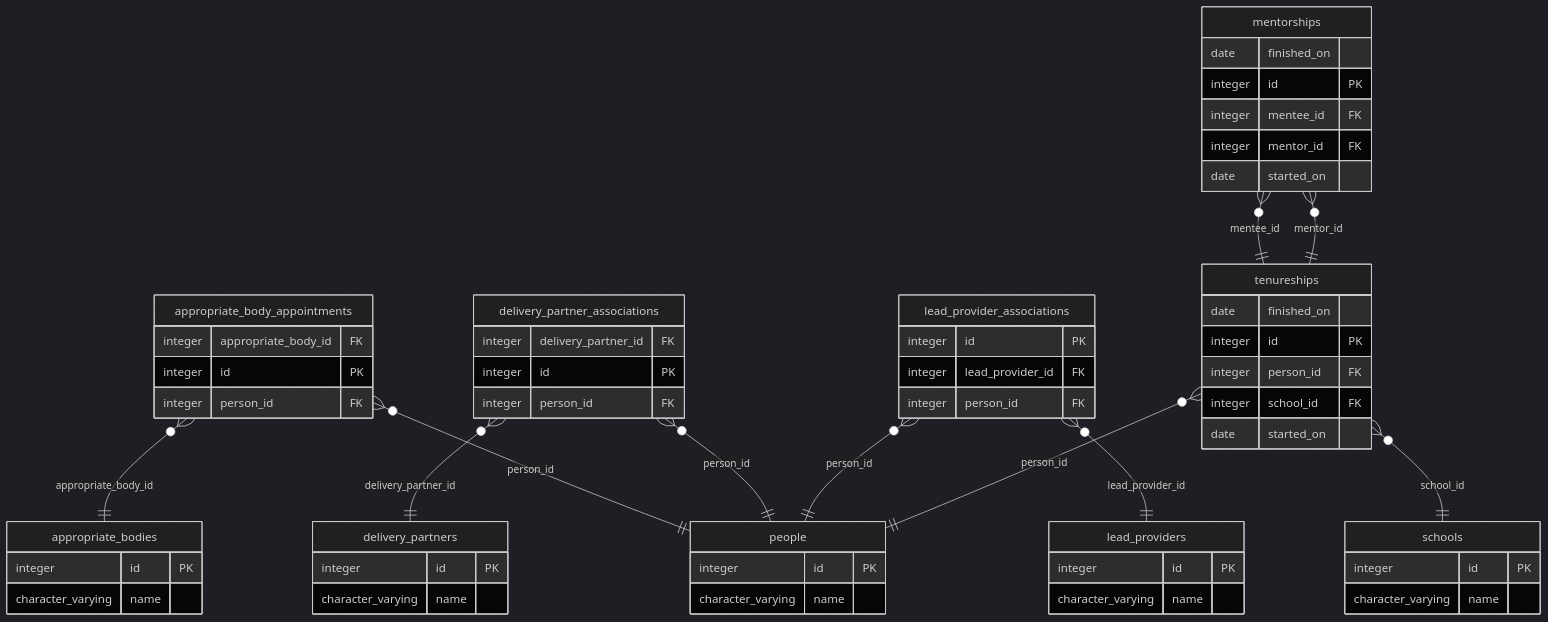
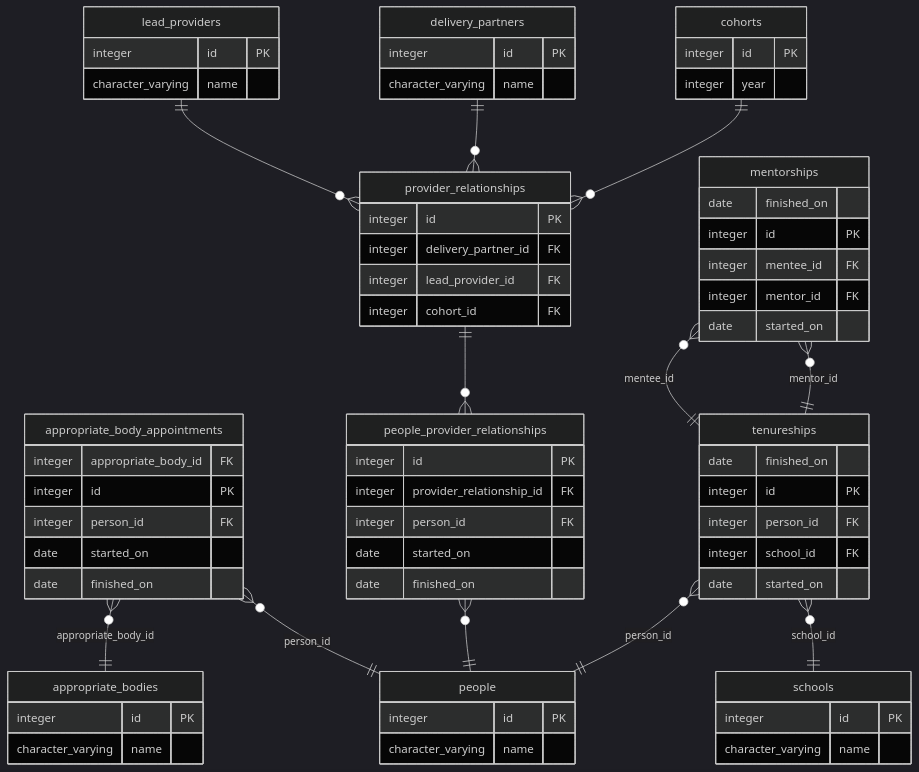
Before and after one commit to DFE-Digital/ecf-data-model-prototypes-separate: the diagram in README.md, drawn with Mermaid (dark theme). The commit also changed other lines of this file and 3 other files, not shown here.

````diff
--- a/README.md
+++ b/README.md
@@ -37,5 +36,10 @@
 ```mermaid
 erDiagram
+    cohorts {
+        integer id PK
+        integer year
+    }
+
     appropriate_bodies {
         integer id PK
         character_varying name
@@ -45,23 +49,28 @@
         integer appropriate_body_id FK
         integer id PK
         integer person_id FK
+        date started_on
+        date finished_on
     }
 
-    delivery_partner_associations {
+    provider_relationships {
+        integer id PK
         integer delivery_partner_id FK
+        integer lead_provider_id FK
+        integer cohort_id FK
+    }
+
+    people_provider_relationships {
         integer id PK
+        integer provider_relationship_id FK
         integer person_id FK
+        date started_on
+        date finished_on
     }
 
     delivery_partners {
         integer id PK
         character_varying name
-    }
-
-    lead_provider_associations {
-        integer id PK
-        integer lead_provider_id FK
-        integer person_id FK
     }
 
     lead_providers {
@@ -97,12 +106,16 @@
 
     appropriate_body_appointments }o--|| appropriate_bodies : "appropriate_body_id"
     appropriate_body_appointments }o--|| people : "person_id"
-    delivery_partner_associations }o--|| delivery_partners : "delivery_partner_id"
-    delivery_partner_associations }o--|| people : "person_id"
-    lead_provider_associations }o--|| lead_providers : "lead_provider_id"
-    lead_provider_associations }o--|| people : "person_id"
+
     mentorships }o--|| tenureships : "mentee_id"
     mentorships }o--|| tenureships : "mentor_id"
     tenureships }o--|| people : "person_id"
     tenureships }o--|| schools : "school_id"
+
+    lead_providers ||--o{ provider_relationships : ""
+    delivery_partners ||--o{ provider_relationships : ""
+    cohorts ||--o{ provider_relationships : ""
+
+    provider_relationships ||--o{ people_provider_relationships : ""
+    people_provider_relationships }o--|| people : ""
 ```
````
